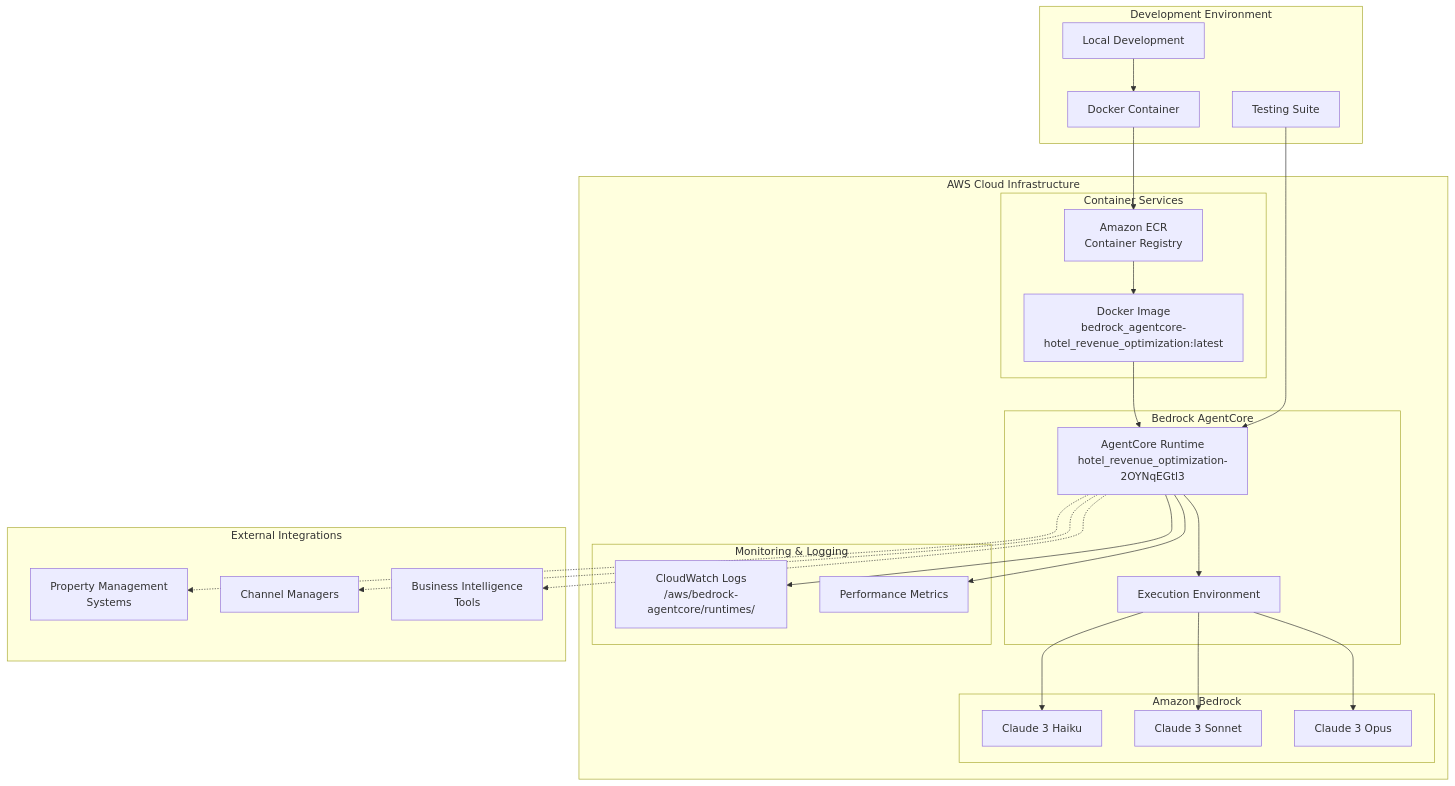
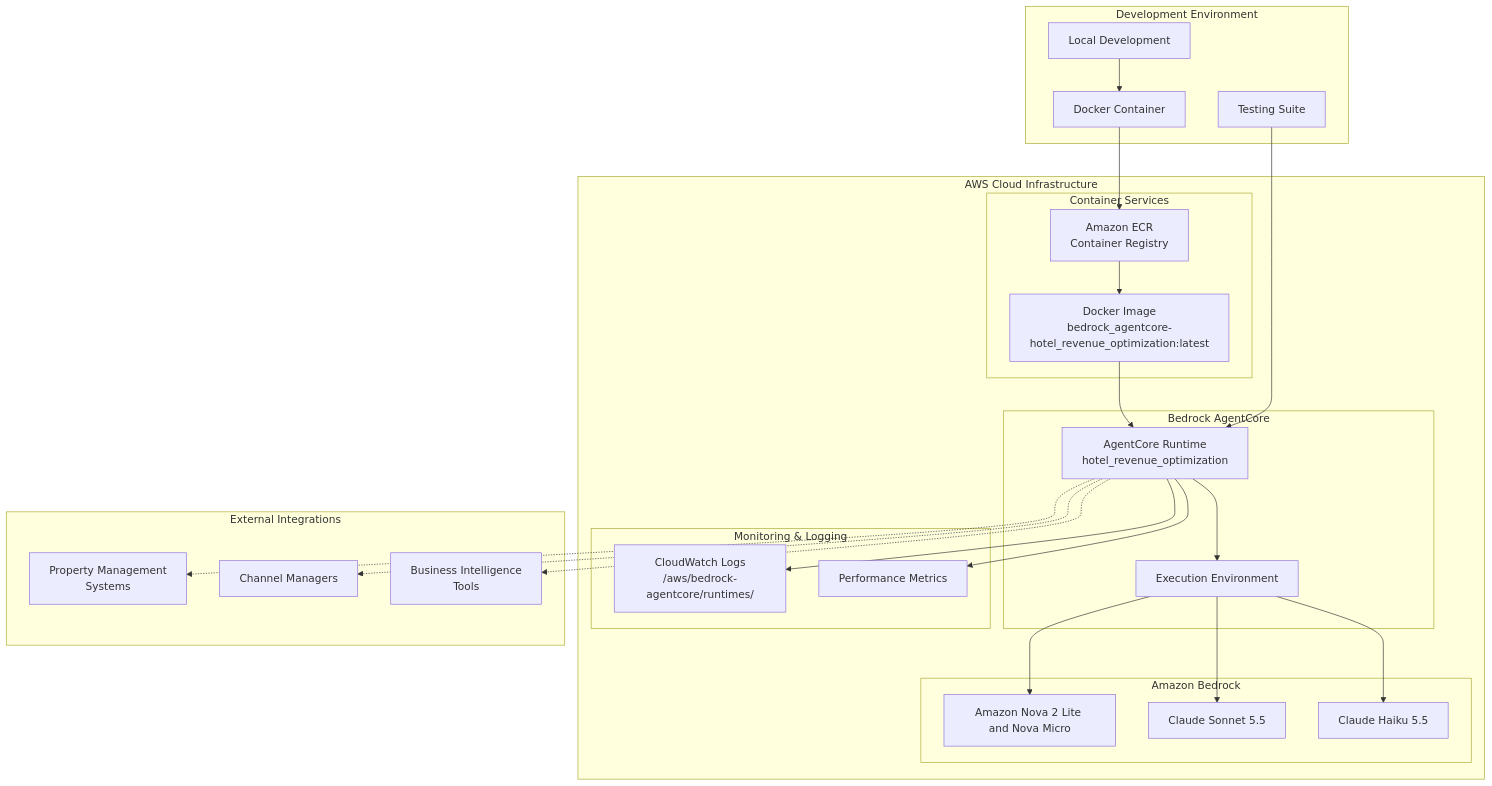
One commit to aws-samples/sample-ai-hotel-revenue-management-system changed the fourth of 4 diagrams in hotel_revenue_optimization/README.md. Above: the diagram before and after it, drawn with Mermaid. The commit also changed other lines of this file and 4 other files, not shown here.

````diff
--- a/hotel_revenue_optimization/README.md
+++ b/hotel_revenue_optimization/README.md
@@ -262,56 +262,56 @@
 ```mermaid
 graph TB
     subgraph "Development Environment"
         DEV[Local Development]
         DOCKER[Docker Container]
         TEST[Testing Suite]
     end
     
     subgraph "AWS Cloud Infrastructure"
         subgraph "Bedrock AgentCore"
-            RUNTIME[AgentCore Runtime<br/>hotel_revenue_optimization-2OYNqEGtl3]
+            RUNTIME[AgentCore Runtime<br/>hotel_revenue_optimization]
             EXEC[Execution Environment]
         end
         
         subgraph "Amazon Bedrock"
-            CLAUDE_H[Claude 3 Haiku]
-            CLAUDE_S[Claude 3 Sonnet]
-            CLAUDE_O[Claude 3 Opus]
+            CLAUDE_H[Amazon Nova 2 Lite and Nova Micro]
+            CLAUDE_S[Claude Sonnet 5.5]
+            CLAUDE_O[Claude Haiku 5.5]
         end
         
         subgraph "Container Services"
             ECR_REG[Amazon ECR<br/>Container Registry]
             IMAGE[Docker Image<br/>bedrock_agentcore-hotel_revenue_optimization:latest]
         end
         
         subgraph "Monitoring & Logging"
             CW_LOGS[CloudWatch Logs<br/>/aws/bedrock-agentcore/runtimes/]
             METRICS[Performance Metrics]
         end
     end
     
     subgraph "External Integrations"
         PMS[Property Management<br/>Systems]
         CHANNEL[Channel Managers]
         BI[Business Intelligence<br/>Tools]
     end
     
     DEV --> DOCKER
     DOCKER --> ECR_REG
     ECR_REG --> IMAGE
     IMAGE --> RUNTIME
     
     RUNTIME --> EXEC
     EXEC --> CLAUDE_H
     EXEC --> CLAUDE_S
     EXEC --> CLAUDE_O
     
     RUNTIME --> CW_LOGS
     RUNTIME --> METRICS
     
     RUNTIME -.-> PMS
     RUNTIME -.-> CHANNEL
     RUNTIME -.-> BI
     
     TEST --> RUNTIME
 ```
````
